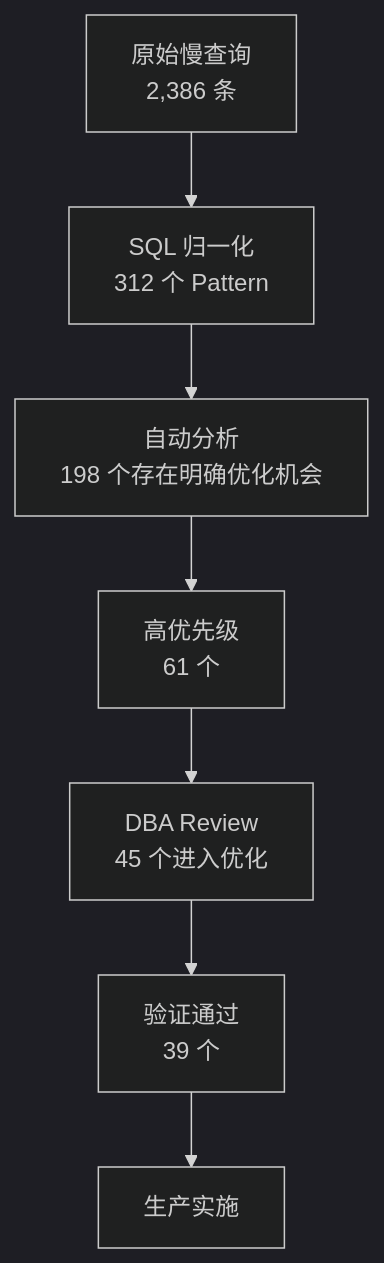
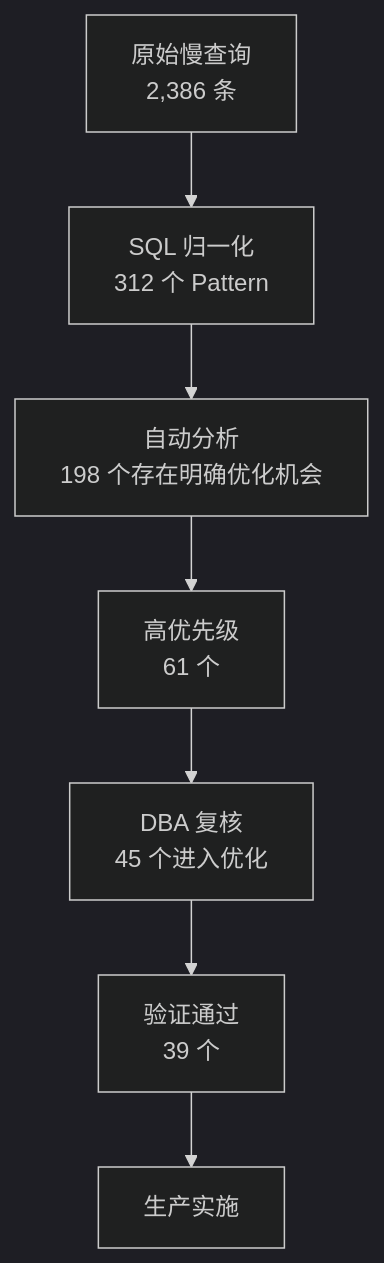
Before and after one commit to PawSQL/pawsql-docs-mantlify: the second of 3 diagrams in docs/use-cases/slow-sql-optimization.mdx, drawn with Mermaid (dark theme). The commit also changed other lines of this file and 82 other files, not shown here.

````diff
--- a/docs/use-cases/slow-sql-optimization.mdx
+++ b/docs/use-cases/slow-sql-optimization.mdx
@@ -1062,7 +110,7 @@
 ```mermaid
 flowchart TD
     A["原始慢查询<br/>2,386 条"] --> B["SQL 归一化<br/>312 个 Pattern"]
     B --> C["自动分析<br/>198 个存在明确优化机会"] --> D["高优先级<br/>61 个"]
-    D --> E["DBA Review<br/>45 个进入优化"] --> F["验证通过<br/>39 个"]
+    D --> E["DBA 复核<br/>45 个进入优化"] --> F["验证通过<br/>39 个"]
     F --> G[生产实施]
 ```
````
